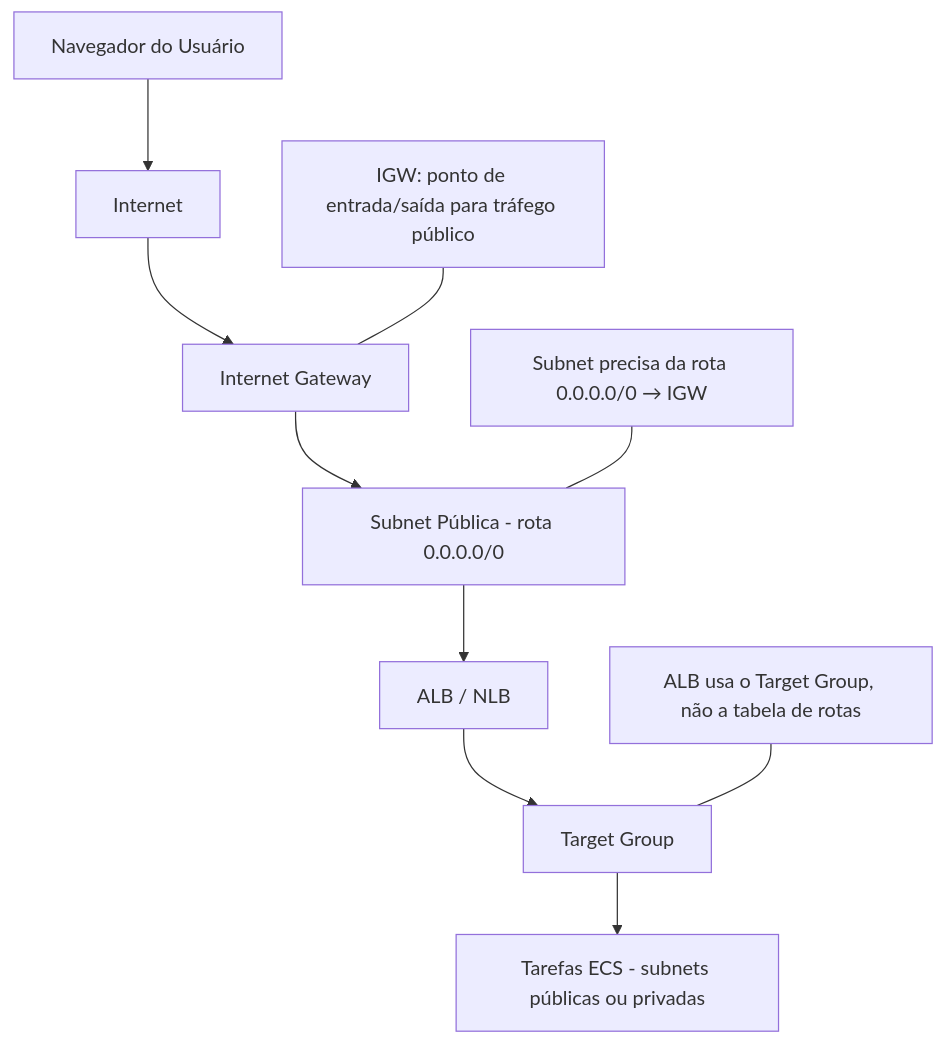
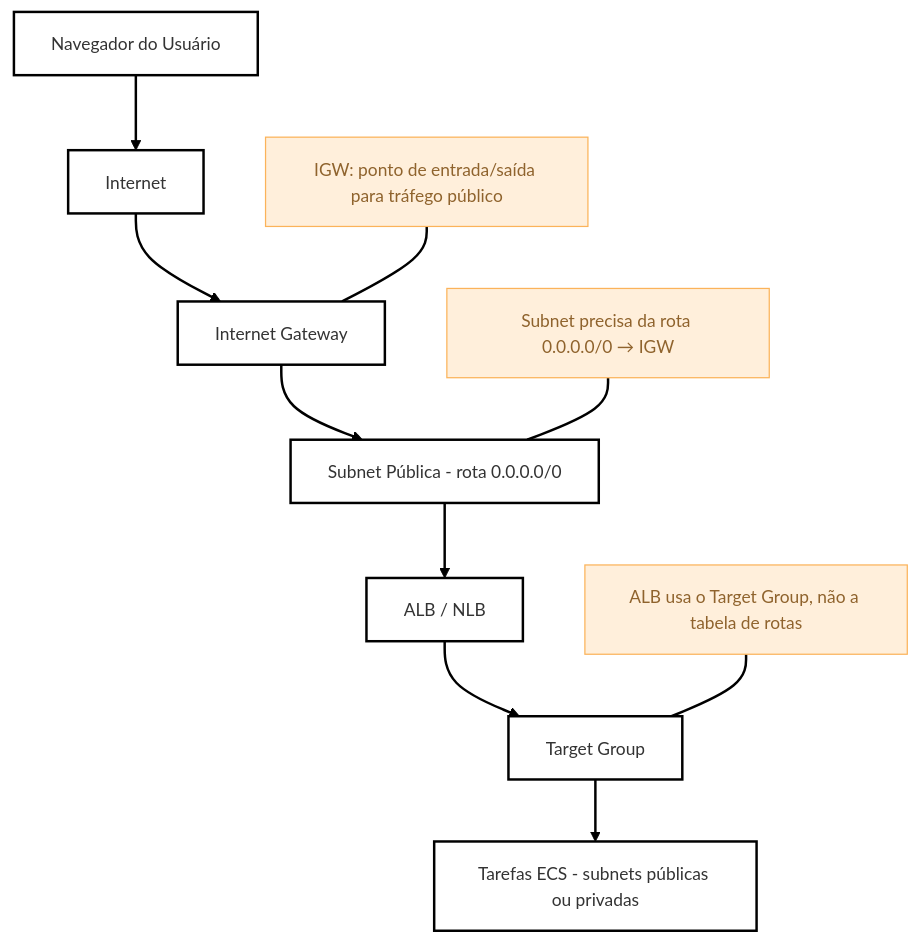
The diagram in ECS-Cluster/readme.md (MarcosMarchado/terraform-aws), drawn with Mermaid before and after one commit.

Commit message:
CSS Esquema

````diff
--- a/ECS-Cluster/readme.md
+++ b/ECS-Cluster/readme.md
@@ -19,31 +19,23 @@
 ```mermaid
+---
+config:
+  theme: neo
+---
 flowchart TD
-    %% Requisição do Cliente
-    A[Navegador do Usuário]
-    B[Internet]
-    C[Internet Gateway]
-    D[Subnet Pública - rota 0.0.0.0/0]
-    E[ALB / NLB]
-
-    %% Distribuição para ECS
-    F[Target Group]
-    G[Tarefas ECS - subnets públicas ou privadas]
-
-    %% Fluxo principal
-    A --> B
-    B --> C
-    C --> D
-    D --> E
-    E --> F
-    F --> G
-
-    %% Anotações (sem estilização especial)
-    C_note["IGW: ponto de entrada/saída para tráfego público"]
-    D_note["Subnet precisa da rota 0.0.0.0/0 → IGW"]
-    F_note["ALB usa o Target Group, não a tabela de rotas"]
-
-    C_note --- C
-    D_note --- D
-    F_note --- F
-
+    A["Navegador do Usuário"] --> B["Internet"]
+    B --> C["Internet Gateway"]
+    C --> D["Subnet Pública - rota 0.0.0.0/0"]
+    D --> E["ALB / NLB"]
+    E --> F["Target Group"]
+    F --> G["Tarefas ECS - subnets públicas ou privadas"]
+    C_note["IGW: ponto de entrada/saída para tráfego público"] --- C
+    D_note["Subnet precisa da rota 0.0.0.0/0 → IGW"] --- D
+    F_note["ALB usa o Target Group, não a tabela de rotas"] --- F
+     C_note:::Rose
+     C_note:::Peach
+     D_note:::Rose
+     D_note:::Peach
+     F_note:::Peach
+    classDef Rose stroke-width:1px, stroke-dasharray:none, stroke:#FF5978, fill:#FFDFE5, color:#8E2236
+    classDef Peach stroke-width:1px, stroke-dasharray:none, stroke:#FBB35A, fill:#FFEFDB, color:#8F632D
 ```
````
